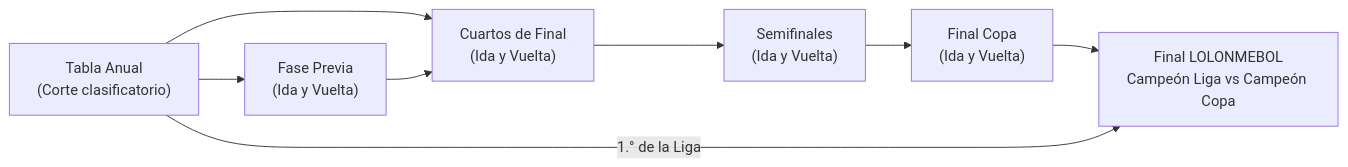
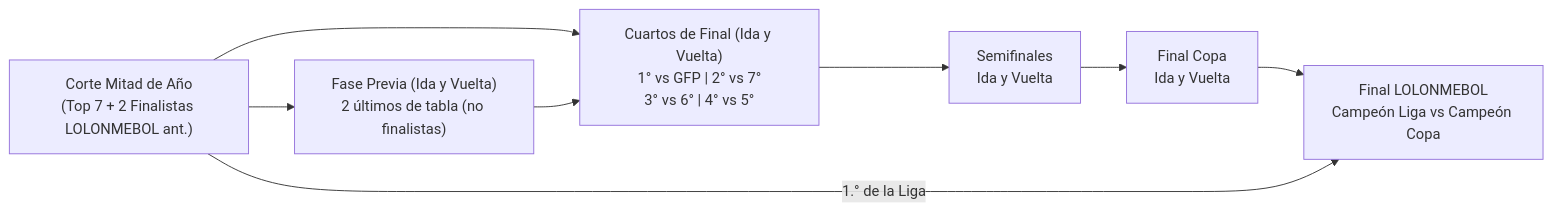
Before and after one commit to LucaOlivieri03/LolonmeApp: the diagram in docs/reglas_torneo_lolonmebol.md, drawn with Mermaid. The commit also changed other lines of this file and 2 other files, not shown here.

````diff
--- a/docs/reglas_torneo_lolonmebol.md
+++ b/docs/reglas_torneo_lolonmebol.md
@@ -62,10 +77,10 @@
 ```mermaid
 flowchart LR
-    T["Tabla Anual<br/>(Corte clasificatorio)"] --> FP["Fase Previa<br/>(Ida y Vuelta)"]
-    T --> CF["Cuartos de Final<br/>(Ida y Vuelta)"]
+    T["Corte Mitad de Año<br/>(Top 7 + 2 Finalistas LOLONMEBOL ant.)"] --> FP["Fase Previa (Ida y Vuelta)<br/>2 últimos de tabla (no finalistas)"]
+    T --> CF["Cuartos de Final (Ida y Vuelta)<br/>1° vs GFP | 2° vs 7°<br/>3° vs 6° | 4° vs 5°"]
     FP --> CF
-    CF --> SF["Semifinales<br/>(Ida y Vuelta)"]
-    SF --> F["Final Copa<br/>(Ida y Vuelta)"]
+    CF --> SF["Semifinales<br/>Ida y Vuelta"]
+    SF --> F["Final Copa<br/>Ida y Vuelta"]
     F --> L["Final LOLONMEBOL<br/>Campeón Liga vs Campeón Copa"]
     T -->|"1.° de la Liga"| L
 ```
````
